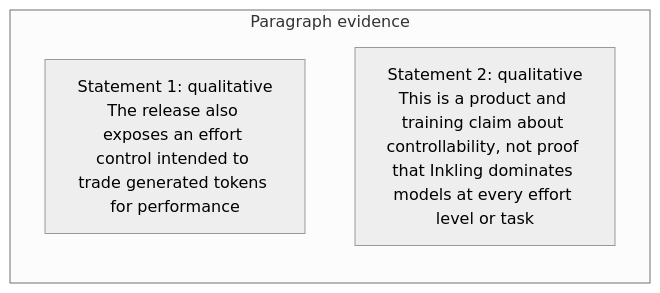
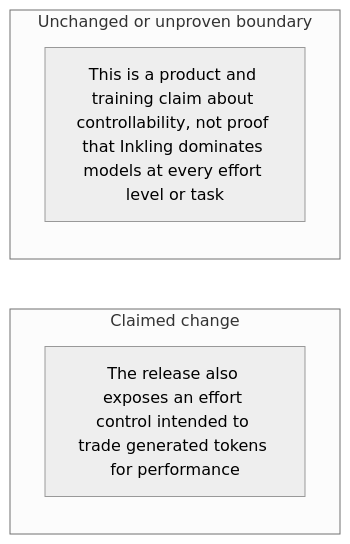
One commit to Betancourt1/paper_atlas changed the tenth of 57 diagrams in docs/visual-manifests/VISUAL_MANIFEST_INKLING.md. Above: the diagram before and after it, drawn with Mermaid (neutral theme). The commit also changed other lines of this file and 7 other files, not shown here.

````diff
--- a/docs/visual-manifests/VISUAL_MANIFEST_INKLING.md
+++ b/docs/visual-manifests/VISUAL_MANIFEST_INKLING.md
@@ -746,7 +755,9 @@
 ```mermaid
 flowchart LR
-  subgraph p1["Paragraph evidence"]
-    p1r1["Statement 1: qualitative<br/>The release also exposes an effort control intended to trade generated tokens for performance"]
-    p1r2["Statement 2: qualitative<br/>This is a product and training claim about controllability, not proof that Inkling dominates models at every effort level or task"]
+  subgraph g1["Claimed change"]
+    g1i1["The release also exposes an effort control intended to trade generated tokens for performance"]
+  end
+  subgraph g2["Unchanged or unproven boundary"]
+    g2i1["This is a product and training claim about controllability, not proof that Inkling dominates models at every effort level or task"]
   end
 ```
````
